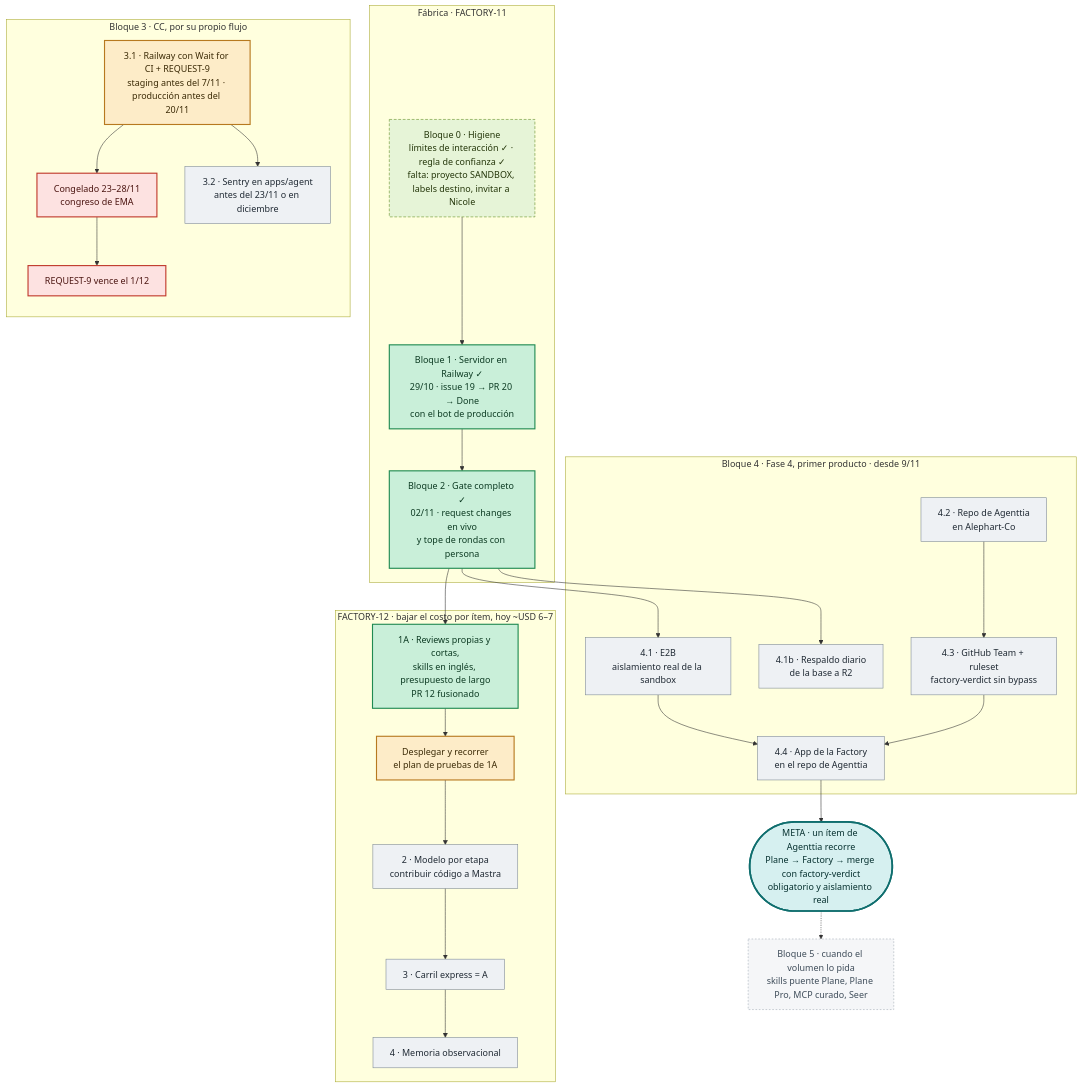
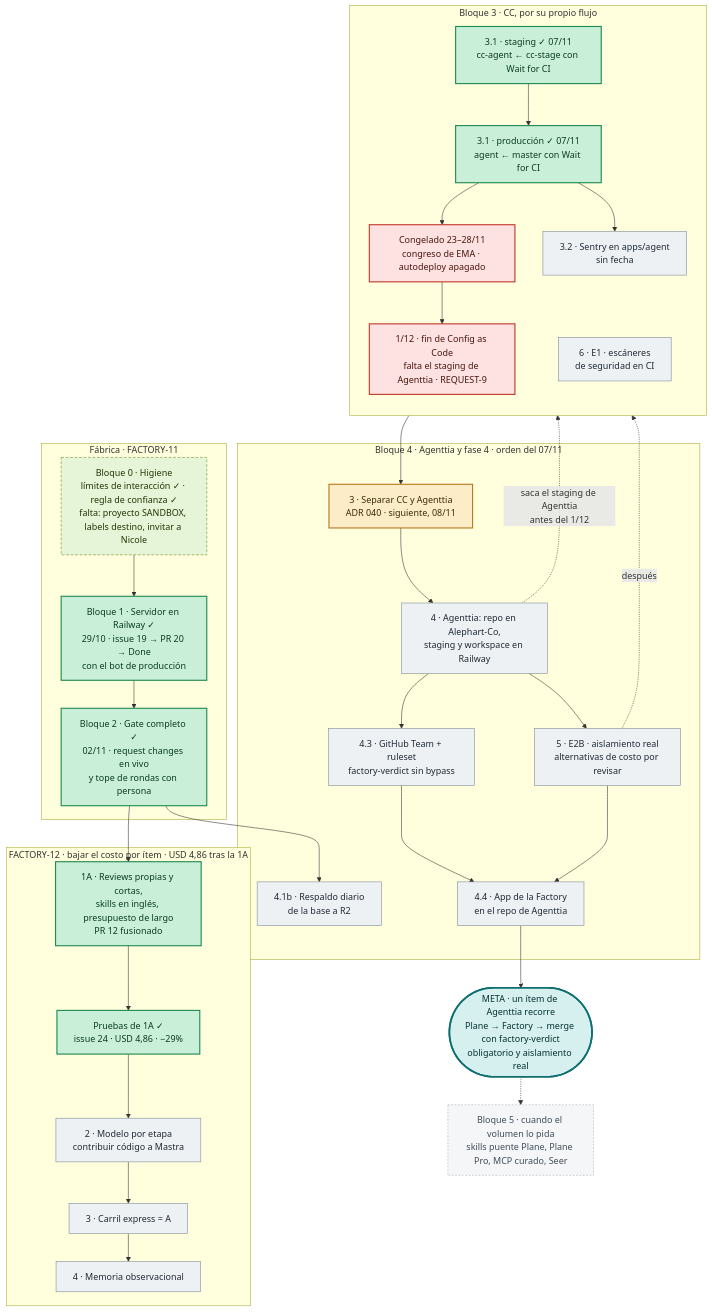
Before and after one commit to alephart/software-factory: the second of 7 diagrams in vault/03-modelo/diagramas-fabrica.md, drawn with Mermaid. The commit also changed other lines of this file and 4 other files, not shown here.

Commit message:
Estado del 07/11: 3.1 de CC cerrado, orden nuevo y traspaso del punto 3 (separar CC y Agenttia)

````diff
--- a/vault/03-modelo/diagramas-fabrica.md
+++ b/vault/03-modelo/diagramas-fabrica.md
@@ -87,55 +88,60 @@
 ```mermaid
 flowchart TB
   subgraph FAB["Fábrica · FACTORY-11"]
     B0["Bloque 0 · Higiene<br/>límites de interacción ✓ · regla de confianza ✓<br/>falta: proyecto SANDBOX, labels destino, invitar a Nicole"]:::partial
     B1["Bloque 1 · Servidor en Railway ✓<br/>29/10 · issue 19 → PR 20 → Done<br/>con el bot de producción"]:::done
     B2["Bloque 2 · Gate completo ✓<br/>02/11 · request changes en vivo<br/>y tope de rondas con persona"]:::done
     B0 --> B1 --> B2
   end
 
-  subgraph COST["FACTORY-12 · bajar el costo por ítem, hoy ~USD 6–7"]
+  subgraph COST["FACTORY-12 · bajar el costo por ítem · USD 4,86 tras la 1A"]
     F1["1A · Reviews propias y cortas,<br/>skills en inglés, presupuesto de largo<br/>PR 12 fusionado"]:::done
-    F1b["Desplegar y recorrer<br/>el plan de pruebas de 1A"]:::active
+    F1b["Pruebas de 1A ✓<br/>issue 24 · USD 4,86 · −29%"]:::done
     F2["2 · Modelo por etapa<br/>contribuir código a Mastra"]:::todo
     F3["3 · Carril express = A"]:::todo
     F4["4 · Memoria observacional"]:::todo
     F1 --> F1b --> F2 --> F3 --> F4
   end
   B2 --> F1
 
   subgraph CC["Bloque 3 · CC, por su propio flujo"]
     direction TB
-    C1["3.1 · Railway con Wait for CI + REQUEST-9<br/>staging antes del 7/11 · producción antes del 20/11"]:::active
-    CZ["Congelado 23–28/11<br/>congreso de EMA"]:::hard
-    C9["REQUEST-9 vence el 1/12"]:::hard
-    C2["3.2 · Sentry en apps/agent<br/>antes del 23/11 o en diciembre"]:::todo
-    C1 --> CZ --> C9
-    C1 --> C2
+    C1["3.1 · staging ✓ 07/11<br/>cc-agent ← cc-stage con Wait for CI"]:::done
+    C1P["3.1 · producción ✓ 07/11<br/>agent ← master con Wait for CI"]:::done
+    CZ["Congelado 23–28/11<br/>congreso de EMA · autodeploy apagado"]:::hard
+    C9["1/12 · fin de Config as Code<br/>falta el staging de Agenttia · REQUEST-9"]:::hard
+    C2["3.2 · Sentry en apps/agent<br/>sin fecha"]:::todo
+    E1N["6 · E1 · escáneres<br/>de seguridad en CI"]:::todo
+    C1 --> C1P --> CZ --> C9
+    C1P --> C2
   end
 
-  subgraph F4B["Bloque 4 · Fase 4, primer producto · desde 9/11"]
-    E2B["4.1 · E2B<br/>aislamiento real de la sandbox"]:::todo
+  subgraph F4B["Bloque 4 · Agenttia y fase 4 · orden del 07/11"]
+    SEP["3 · Separar CC y Agenttia<br/>ADR 040 · siguiente, 08/11"]:::active
+    AR["4 · Agenttia: repo en Alephart-Co,<br/>staging y workspace en Railway"]:::todo
+    E2B["5 · E2B · aislamiento real<br/>alternativas de costo por revisar"]:::todo
     BK["4.1b · Respaldo diario<br/>de la base a R2"]:::todo
-    AR["4.2 · Repo de Agenttia<br/>en Alephart-Co"]:::todo
     TM["4.3 · GitHub Team + ruleset<br/>factory-verdict sin bypass"]:::todo
     AP["4.4 · App de la Factory<br/>en el repo de Agenttia"]:::todo
-    AR --> TM --> AP
-    E2B --> AP
+    SEP --> AR --> TM --> AP
+    AR --> E2B --> AP
   end
-  B2 --> E2B
+  C1P --> SEP
+  AR -. "saca el staging de Agenttia<br/>antes del 1/12" .-> C9
+  E2B -. "después" .-> E1N
   B2 --> BK
 
   GOAL(["META · un ítem de Agenttia recorre<br/>Plane → Factory → merge con factory-verdict<br/>obligatorio y aislamiento real"]):::goal
   AP --> GOAL
 
   B5["Bloque 5 · cuando el volumen lo pida<br/>skills puente Plane, Plane Pro, MCP curado, Seer"]:::later
   GOAL -.-> B5
 
   classDef done fill:#c9efd9,stroke:#1f8a52,color:#0c3a22,stroke-width:2px
   classDef partial fill:#e6f4d7,stroke:#5f8a1f,color:#24360a,stroke-dasharray:5 3
   classDef active fill:#fdecc8,stroke:#b7791f,color:#3b2a06,stroke-width:2px
   classDef todo fill:#eef1f4,stroke:#7b8794,color:#1f2933
   classDef hard fill:#fde2e1,stroke:#c0392b,color:#4a1410,stroke-width:2px
   classDef goal fill:#d6f0f0,stroke:#0f6e6e,color:#06302f,stroke-width:3px
   classDef later fill:#f5f6f8,stroke:#a0a9b4,color:#3e4c59,stroke-dasharray:3 3
 ```
````
